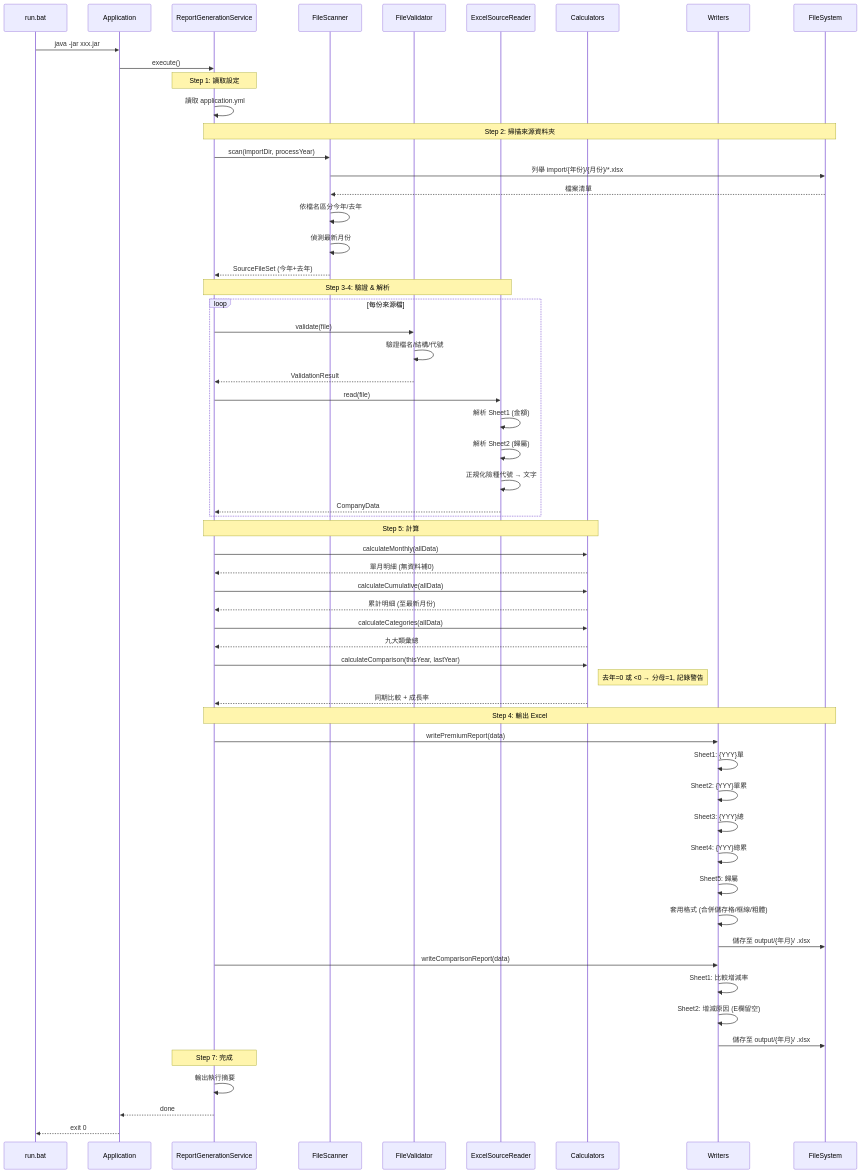
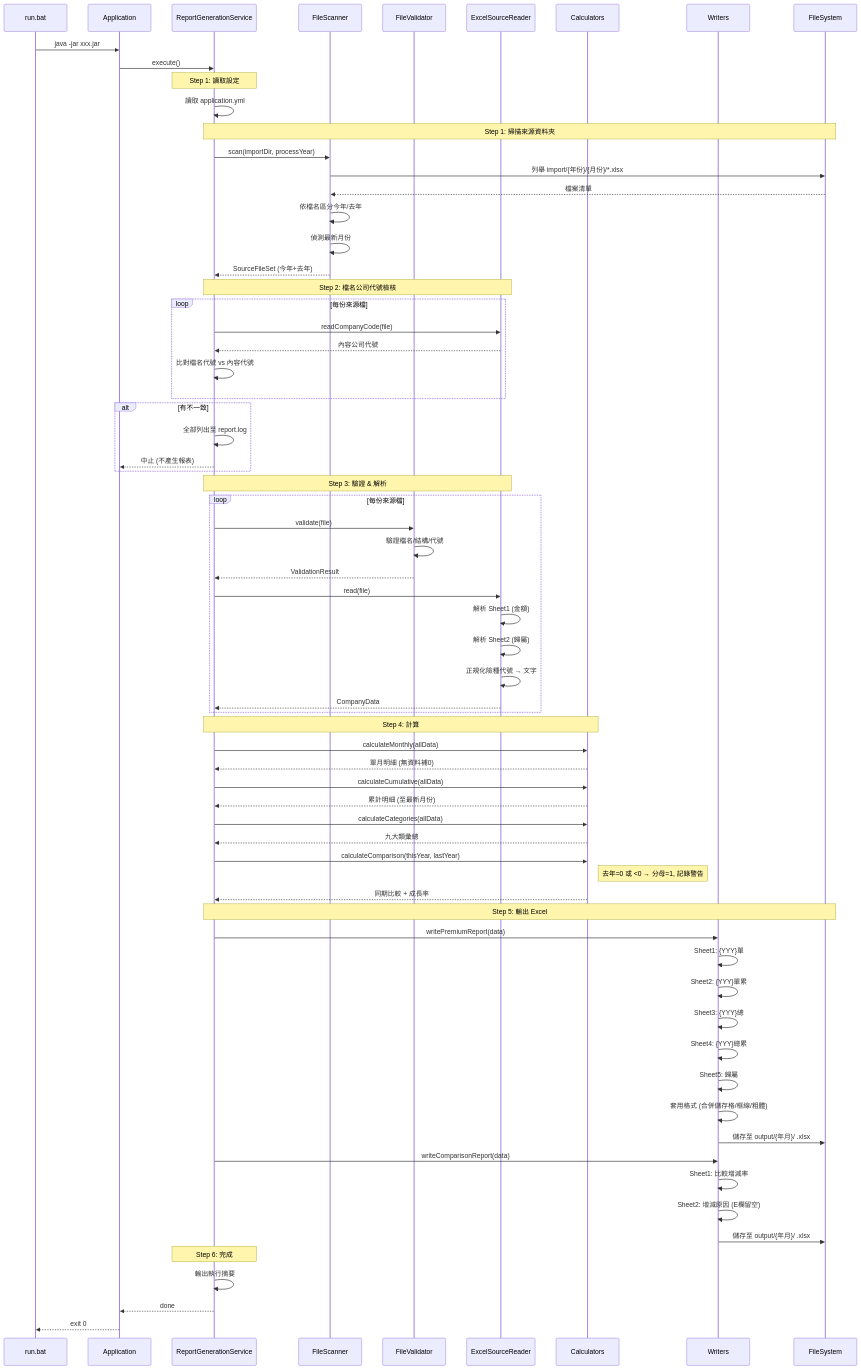
Before and after one commit to seawaterfoods/premium-report-automation: the second of 5 diagrams in docs/architecture.md, drawn with Mermaid. The commit also changed 3 other files, not shown here.

````diff
--- a/docs/architecture.md
+++ b/docs/architecture.md
@@ -90,69 +90,80 @@
 ```mermaid
 sequenceDiagram
     participant BAT as run.bat
     participant APP as Application
     participant SVC as ReportGenerationService
     participant SCN as FileScanner
     participant VAL as FileValidator
     participant RDR as ExcelSourceReader
     participant CAL as Calculators
     participant WRT as Writers
     participant FS as FileSystem
 
     BAT->>APP: java -jar xxx.jar
     APP->>SVC: execute()
     
     Note over SVC: Step 1: 讀取設定
     SVC->>SVC: 讀取 application.yml
     
-    Note over SVC,FS: Step 2: 掃描來源資料夾
+    Note over SVC,FS: Step 1: 掃描來源資料夾
     SVC->>SCN: scan(importDir, processYear)
     SCN->>FS: 列舉 import/{年份}/{月份}/*.xlsx
     FS-->>SCN: 檔案清單
     SCN->>SCN: 依檔名區分今年/去年
     SCN->>SCN: 偵測最新月份
     SCN-->>SVC: SourceFileSet (今年+去年)
     
-    Note over SVC,RDR: Step 3-4: 驗證 & 解析
+    Note over SVC,RDR: Step 2: 檔名公司代號檢核
+    loop 每份來源檔
+        SVC->>RDR: readCompanyCode(file)
+        RDR-->>SVC: 內容公司代號
+        SVC->>SVC: 比對檔名代號 vs 內容代號
+    end
+    alt 有不一致
+        SVC->>SVC: 全部列出至 report.log
+        SVC-->>APP: 中止 (不產生報表)
+    end
+
+    Note over SVC,RDR: Step 3: 驗證 & 解析
     loop 每份來源檔
         SVC->>VAL: validate(file)
         VAL->>VAL: 驗證檔名/結構/代號
         VAL-->>SVC: ValidationResult
         SVC->>RDR: read(file)
         RDR->>RDR: 解析 Sheet1 (金額)
         RDR->>RDR: 解析 Sheet2 (歸屬)
         RDR->>RDR: 正規化險種代號 → 文字
         RDR-->>SVC: CompanyData
     end
     
-    Note over SVC,CAL: Step 5: 計算
+    Note over SVC,CAL: Step 4: 計算
     SVC->>CAL: calculateMonthly(allData)
     CAL-->>SVC: 單月明細 (無資料補0)
     SVC->>CAL: calculateCumulative(allData)
     CAL-->>SVC: 累計明細 (至最新月份)
     SVC->>CAL: calculateCategories(allData)
     CAL-->>SVC: 九大類彙總
     SVC->>CAL: calculateComparison(thisYear, lastYear)
     Note right of CAL: 去年=0 或 <0 → 分母=1, 記錄警告
     CAL-->>SVC: 同期比較 + 成長率
     
-    Note over SVC,FS: Step 4: 輸出 Excel
+    Note over SVC,FS: Step 5: 輸出 Excel
     SVC->>WRT: writePremiumReport(data)
     WRT->>WRT: Sheet1: {YYY}單
     WRT->>WRT: Sheet2: {YYY}單累
     WRT->>WRT: Sheet3: {YYY}總
     WRT->>WRT: Sheet4: {YYY}總累
     WRT->>WRT: Sheet5: 歸屬
     WRT->>WRT: 套用格式 (合併儲存格/框線/粗體)
     WRT->>FS: 儲存至 output/{年月}/ .xlsx
     
     SVC->>WRT: writeComparisonReport(data)
     WRT->>WRT: Sheet1: 比較增減率
     WRT->>WRT: Sheet2: 增減原因 (E欄留空)
     WRT->>FS: 儲存至 output/{年月}/ .xlsx
     
-    Note over SVC: Step 7: 完成
+    Note over SVC: Step 6: 完成
     SVC->>SVC: 輸出執行摘要
     SVC-->>APP: done
     APP-->>BAT: exit 0
 ```
````
